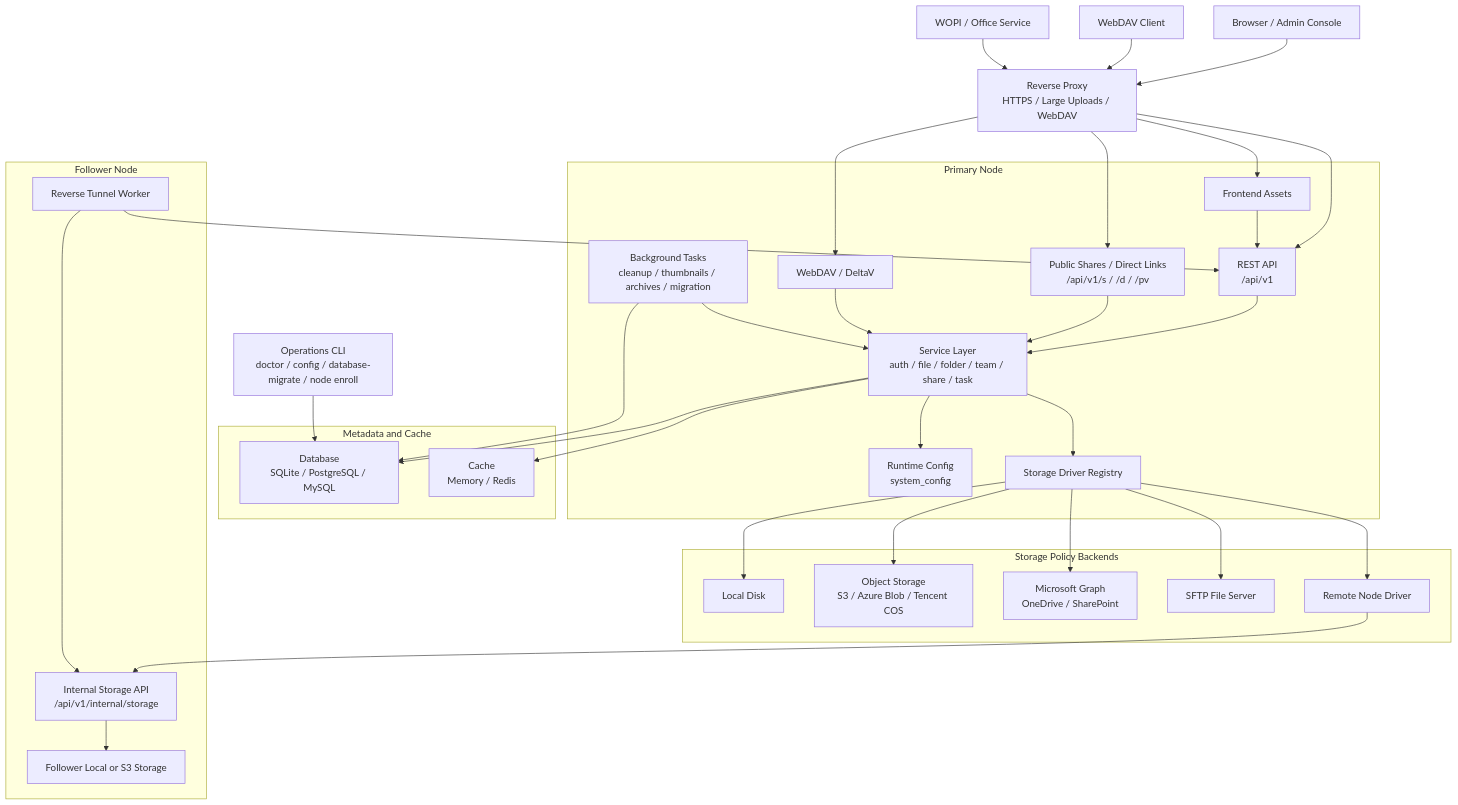
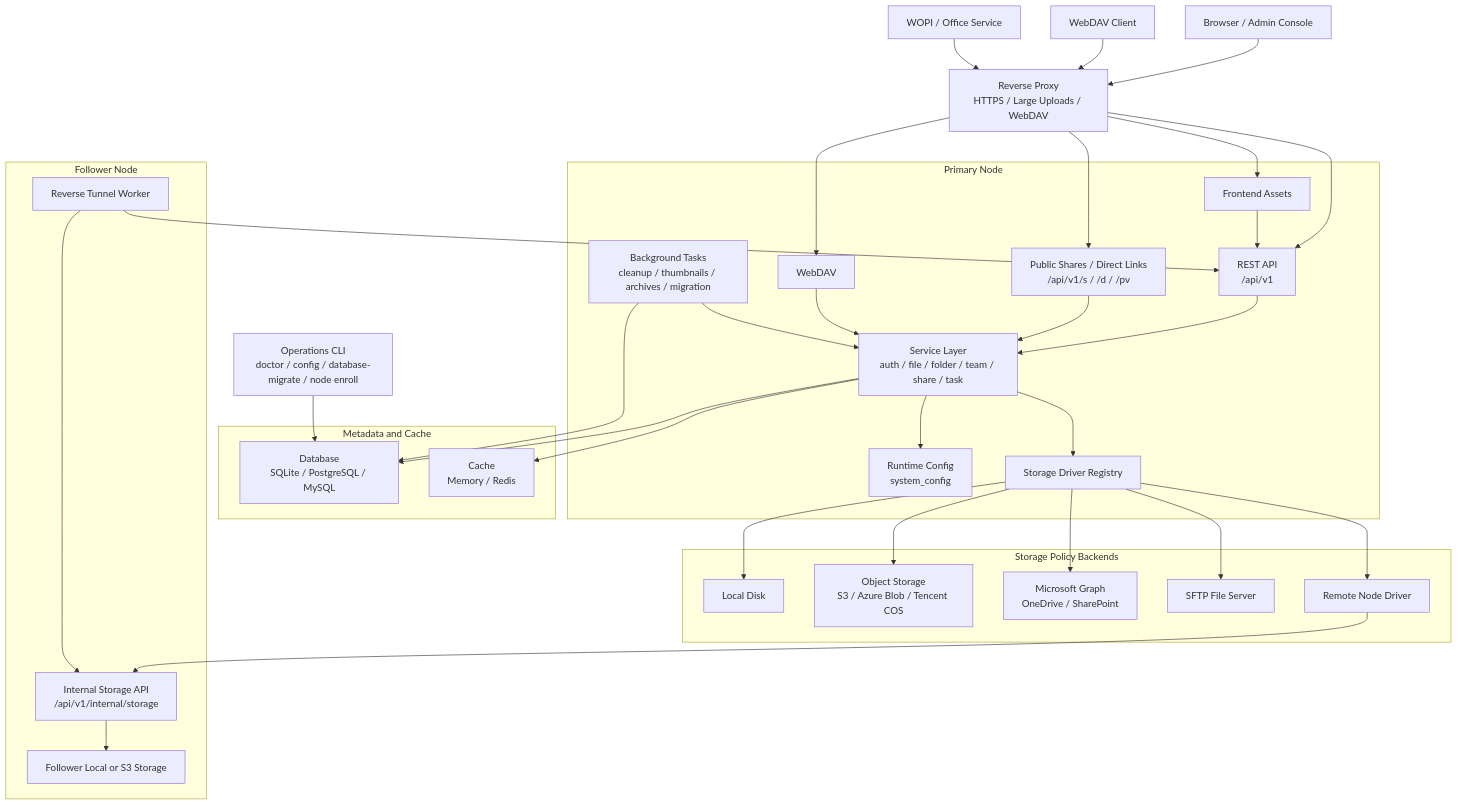
One commit to AsterCommunity/AsterDrive changed the first of 6 diagrams in docs/src/content/docs/en/reference/runtime-architecture.md. Above: the diagram before and after it, drawn with Mermaid. The commit also changed other lines of this file and 207 other files, not shown here.

First line of the commit message:
Refactor WebDAV to AsterForge 0.2 with enhanced capabilities and metrics (#454)

````diff
--- a/docs/src/content/docs/en/reference/runtime-architecture.md
+++ b/docs/src/content/docs/en/reference/runtime-architecture.md
@@ -21,67 +21,67 @@
 ```mermaid
 flowchart TB
   Browser["Browser / Admin Console"]
   DavClient["WebDAV Client"]
   Office["WOPI / Office Service"]
   ReverseProxy["Reverse Proxy<br/>HTTPS / Large Uploads / WebDAV"]
   Cli["Operations CLI<br/>doctor / config / database-migrate / node enroll"]
 
   subgraph Primary["Primary Node"]
     Frontend["Frontend Assets"]
     RestApi["REST API<br/>/api/v1"]
     PublicShare["Public Shares / Direct Links<br/>/api/v1/s / /d / /pv"]
-    WebDav["WebDAV / DeltaV"]
+    WebDav["WebDAV"]
     RuntimeConfig["Runtime Config<br/>system_config"]
     Services["Service Layer<br/>auth / file / folder / team / share / task"]
     Tasks["Background Tasks<br/>cleanup / thumbnails / archives / migration"]
     DriverRegistry["Storage Driver Registry"]
   end
 
   subgraph Data["Metadata and Cache"]
     Database["Database<br/>SQLite / PostgreSQL / MySQL"]
     Cache["Cache<br/>Memory / Redis"]
   end
 
   subgraph Storage["Storage Policy Backends"]
     Local["Local Disk"]
     ObjectStorage["Object Storage<br/>S3 / Azure Blob / Tencent COS"]
     Graph["Microsoft Graph<br/>OneDrive / SharePoint"]
     Sftp["SFTP File Server"]
     RemoteDriver["Remote Node Driver"]
   end
 
   subgraph Follower["Follower Node"]
     InternalStorage["Internal Storage API<br/>/api/v1/internal/storage"]
     FollowerStore["Follower Local or S3 Storage"]
     TunnelWorker["Reverse Tunnel Worker"]
   end
 
   Browser --> ReverseProxy
   DavClient --> ReverseProxy
   Office --> ReverseProxy
   ReverseProxy --> Frontend
   ReverseProxy --> RestApi
   ReverseProxy --> PublicShare
   ReverseProxy --> WebDav
   Cli --> Database
 
   Frontend --> RestApi
   RestApi --> Services
   PublicShare --> Services
   WebDav --> Services
   Services --> RuntimeConfig
   Services --> Database
   Services --> Cache
   Tasks --> Services
   Tasks --> Database
   Services --> DriverRegistry
   DriverRegistry --> Local
   DriverRegistry --> ObjectStorage
   DriverRegistry --> Graph
   DriverRegistry --> Sftp
   DriverRegistry --> RemoteDriver
   RemoteDriver --> InternalStorage
   InternalStorage --> FollowerStore
   TunnelWorker --> RestApi
   TunnelWorker --> InternalStorage
 ```
````
